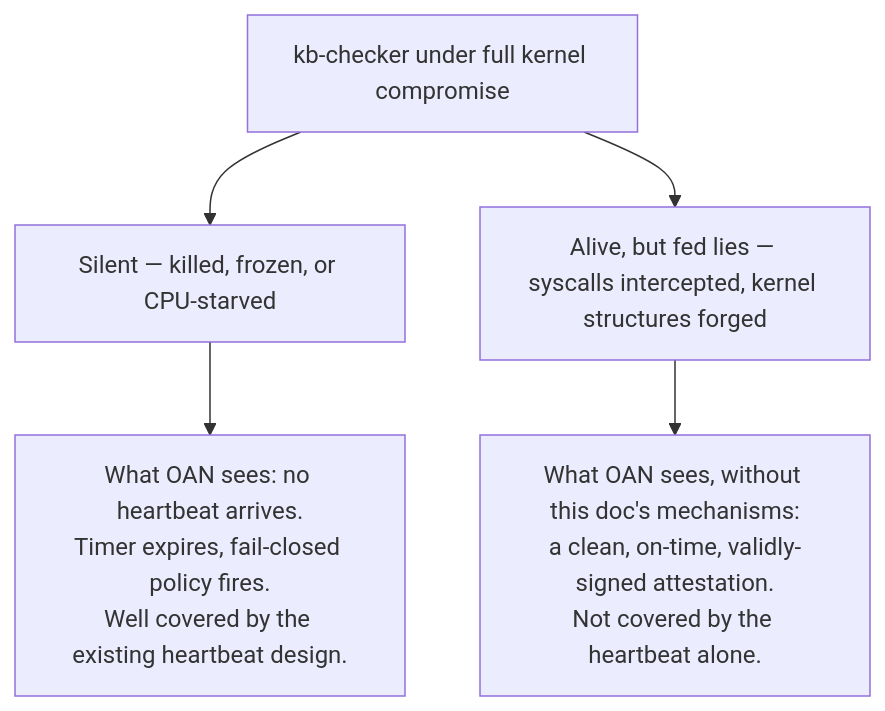
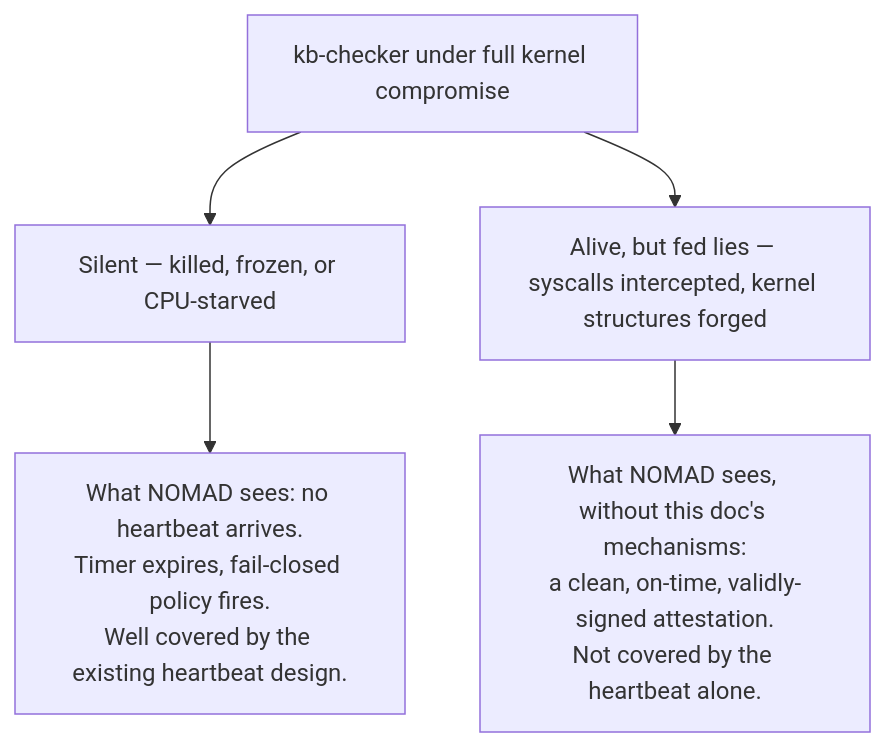
One commit to pardhuvarmax/kernel-borderlands changed the first of 6 diagrams in docs/features/hardware-ext/nomad-rootkit-resistance.md. Above: the diagram before and after it, drawn with Mermaid. The commit also changed other lines of this file and 6 other files, not shown here.

First line of the commit message:
rename: finish OAN -> NOMAD content updates missed by prior commit

````diff
--- a/docs/features/hardware-ext/nomad-rootkit-resistance.md
+++ b/docs/features/hardware-ext/nomad-rootkit-resistance.md
@@ -15,8 +15,8 @@
 ```mermaid
 graph TD
     KBC["kb-checker under full kernel compromise"]
     KBC --> SILENT["Silent — killed, frozen, or CPU-starved"]
     KBC --> LYING["Alive, but fed lies — syscalls intercepted, kernel structures forged"]
-    SILENT --> S2["What OAN sees: no heartbeat arrives.<br/>Timer expires, fail-closed policy fires.<br/>Well covered by the existing heartbeat design."]
-    LYING --> L2["What OAN sees, without this doc's mechanisms:<br/>a clean, on-time, validly-signed attestation.<br/>Not covered by the heartbeat alone."]
+    SILENT --> S2["What NOMAD sees: no heartbeat arrives.<br/>Timer expires, fail-closed policy fires.<br/>Well covered by the existing heartbeat design."]
+    LYING --> L2["What NOMAD sees, without this doc's mechanisms:<br/>a clean, on-time, validly-signed attestation.<br/>Not covered by the heartbeat alone."]
 ```
````
